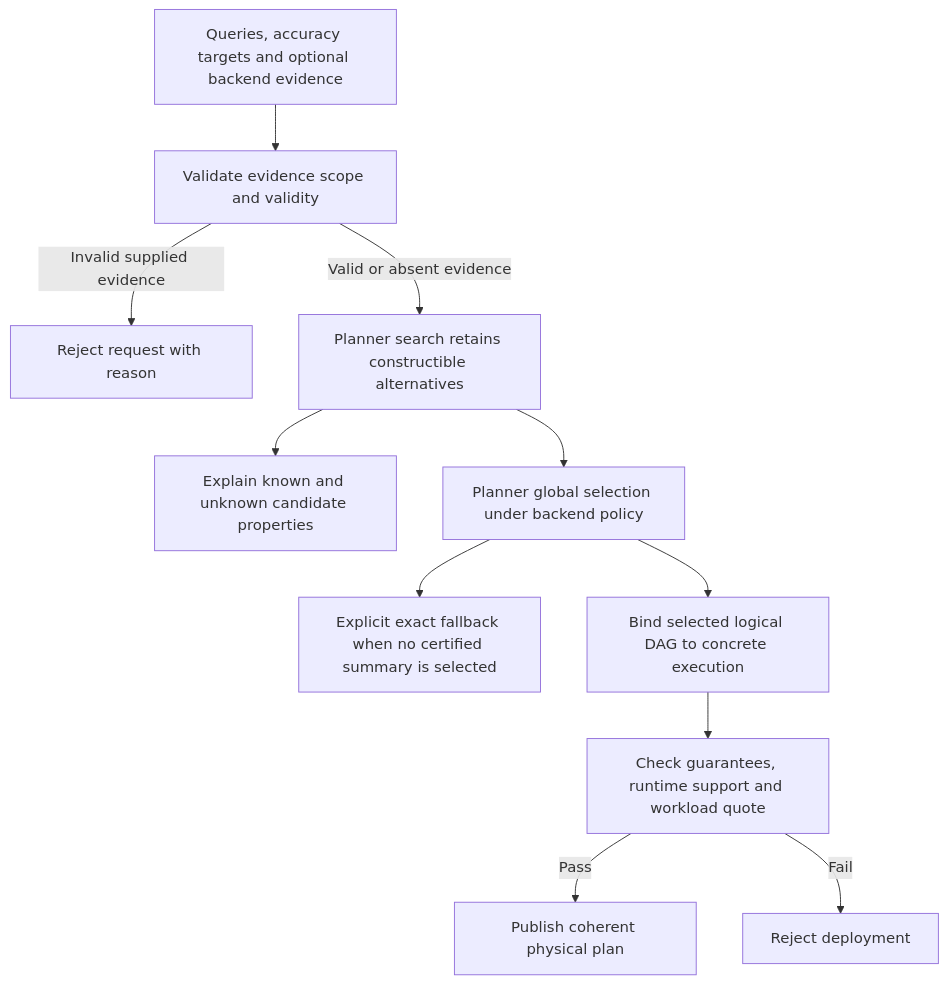
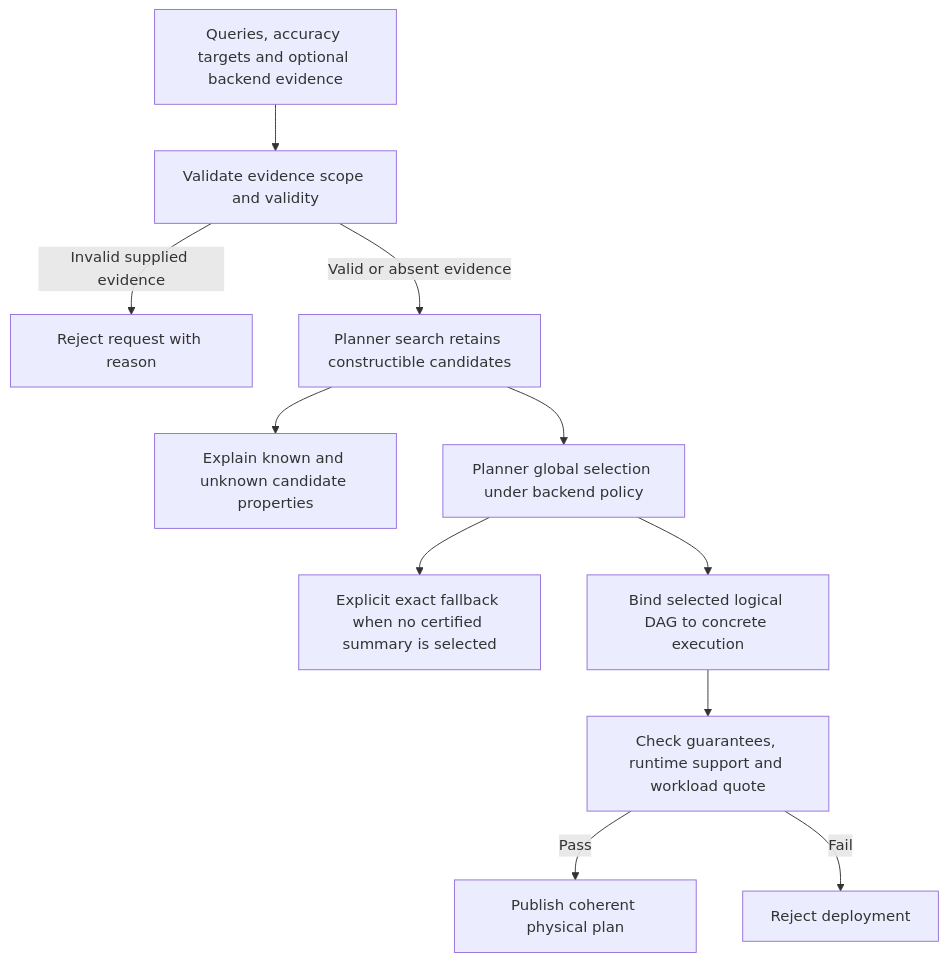
Before and after one commit to ProjectASAP/ASAPQuery-backend: the diagram in docs/design_docs/evidence-dependent-candidates.md, drawn with Mermaid. The commit also changed other lines of this file, not shown here.

Commit message:
docs: use candidate terminology consistently in Planner designs

````diff
--- a/docs/design_docs/evidence-dependent-candidates.md
+++ b/docs/design_docs/evidence-dependent-candidates.md
@@ -30,13 +30,13 @@
 ```mermaid
 flowchart TD
     Input[Queries, accuracy targets and optional backend evidence] --> Validate[Validate evidence scope and validity]
     Validate -->|Invalid supplied evidence| Error[Reject request with reason]
-    Validate -->|Valid or absent evidence| Search[Planner search retains constructible alternatives]
+    Validate -->|Valid or absent evidence| Search[Planner search retains constructible candidates]
     Search --> Inspect[Explain known and unknown candidate properties]
     Search --> Select[Planner global selection under backend policy]
     Select --> Exact[Explicit exact fallback when no certified summary is selected]
     Select --> Bind[Bind selected logical DAG to concrete execution]
     Bind --> Admit[Check guarantees, runtime support and workload quote]
     Admit -->|Pass| Publish[Publish coherent physical plan]
     Admit -->|Fail| Reject[Reject deployment]
 ```
````
